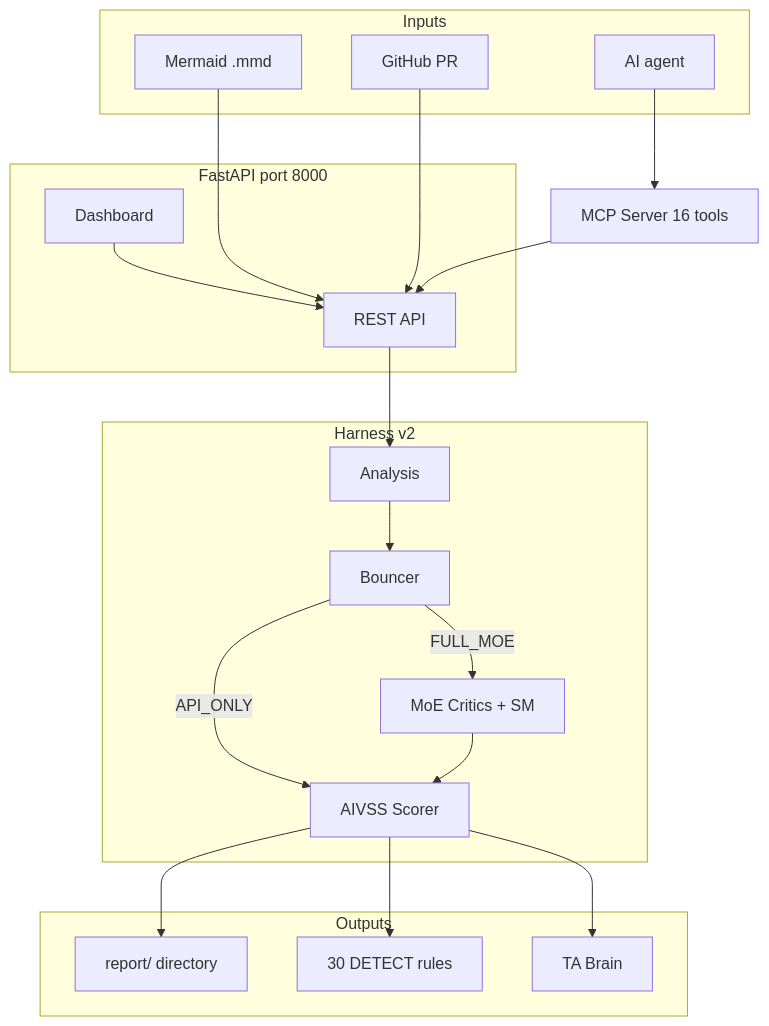
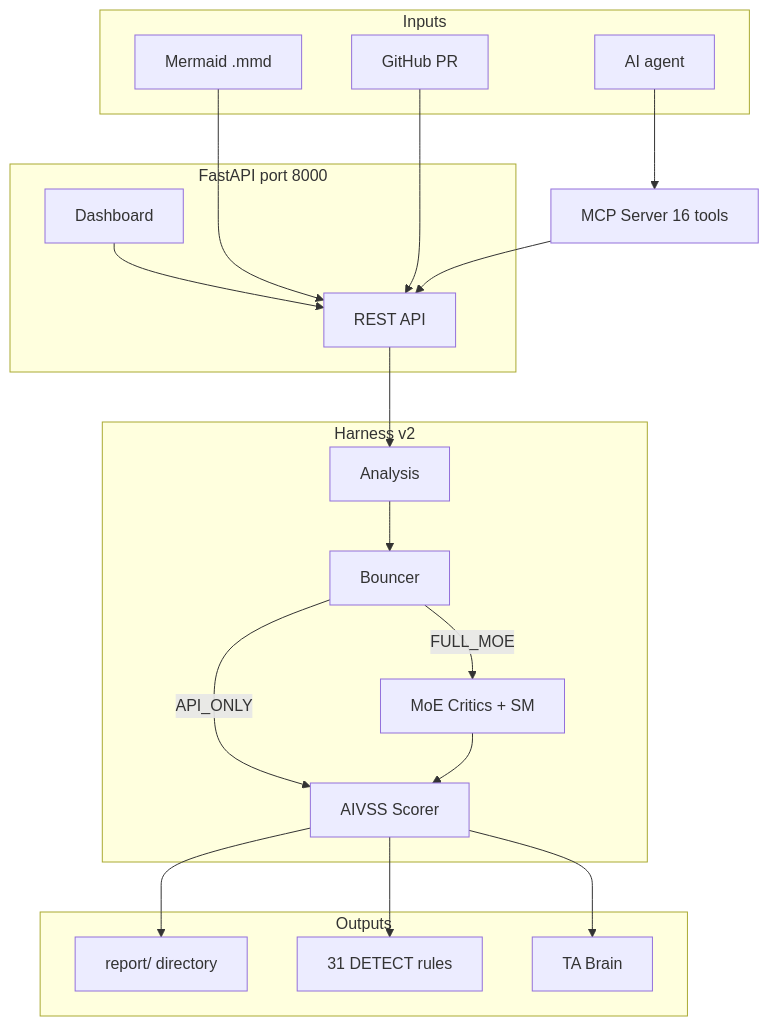
Before and after one commit to BerdTan/threatassessor: the diagram in README.md, drawn with Mermaid. The commit also changed other lines of this file, not shown here.

First line of the commit message:
docs(readme): sync to session 47 — 31 DETECT rules, bench framework, Part 22

````diff
--- a/README.md
+++ b/README.md
@@ -7,45 +7,45 @@
 ```mermaid
 flowchart TD
     subgraph Inputs
         mmd_in["Mermaid .mmd"]
         pr_in["GitHub PR"]
         ai_in["AI agent"]
     end
 
     subgraph Service["FastAPI  port 8000"]
         rest_api["REST API"]
         dash_ui["Dashboard"]
     end
 
     mcp_srv["MCP Server  16 tools"]
 
     subgraph Harness["Harness v2"]
         an_s["Analysis"]
         bo_s["Bouncer"]
         cr_s["MoE Critics + SM"]
         av_s["AIVSS Scorer"]
     end
 
     subgraph Outputs
         rep_o["report/ directory"]
-        det_o["30 DETECT rules"]
+        det_o["31 DETECT rules"]
         brn_o["TA Brain"]
     end
 
     mmd_in --> rest_api
     pr_in --> rest_api
     ai_in --> mcp_srv
     mcp_srv --> rest_api
 
     rest_api --> an_s
     dash_ui --> rest_api
 
     an_s --> bo_s
     bo_s -->|"API_ONLY"| av_s
     bo_s -->|"FULL_MOE"| cr_s
     cr_s --> av_s
 
     av_s --> rep_o
     av_s --> det_o
     av_s --> brn_o
 ```
````
